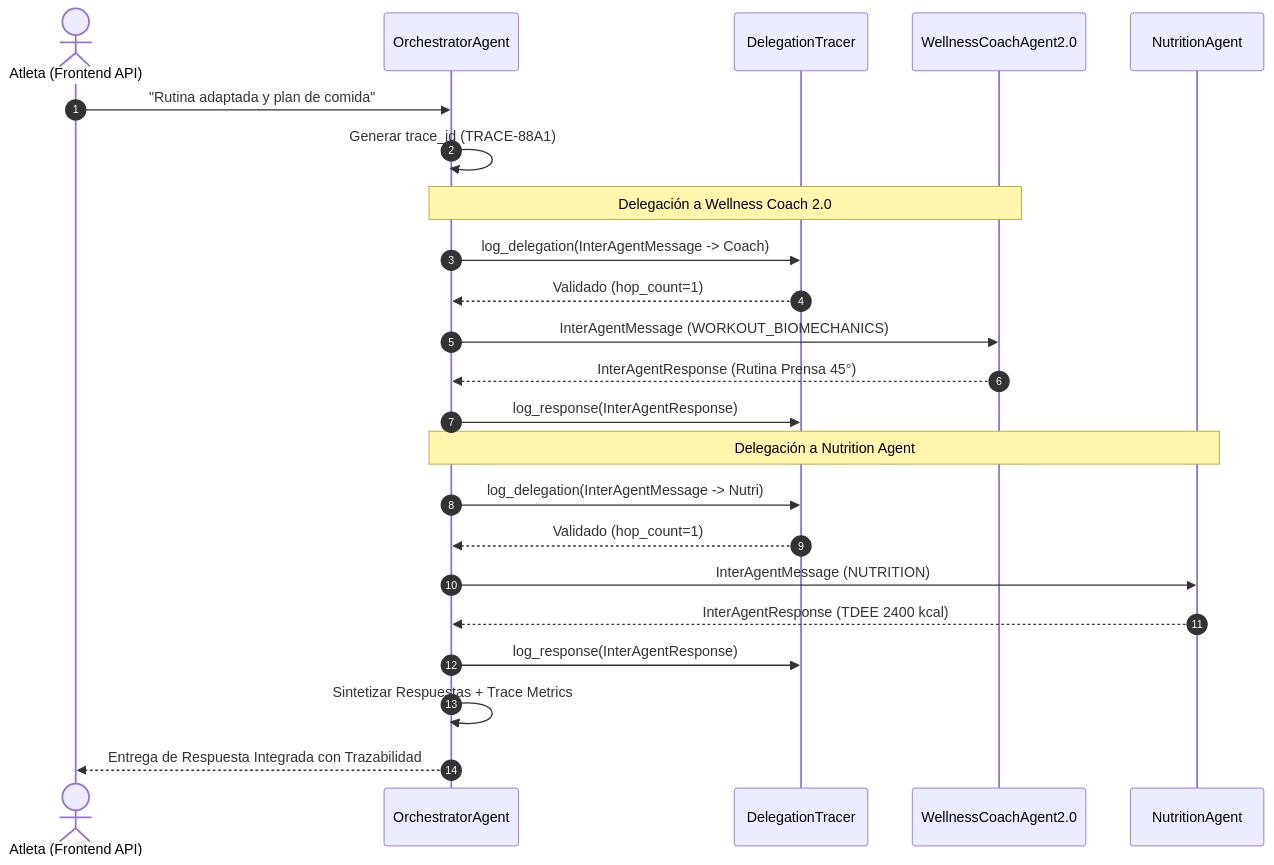
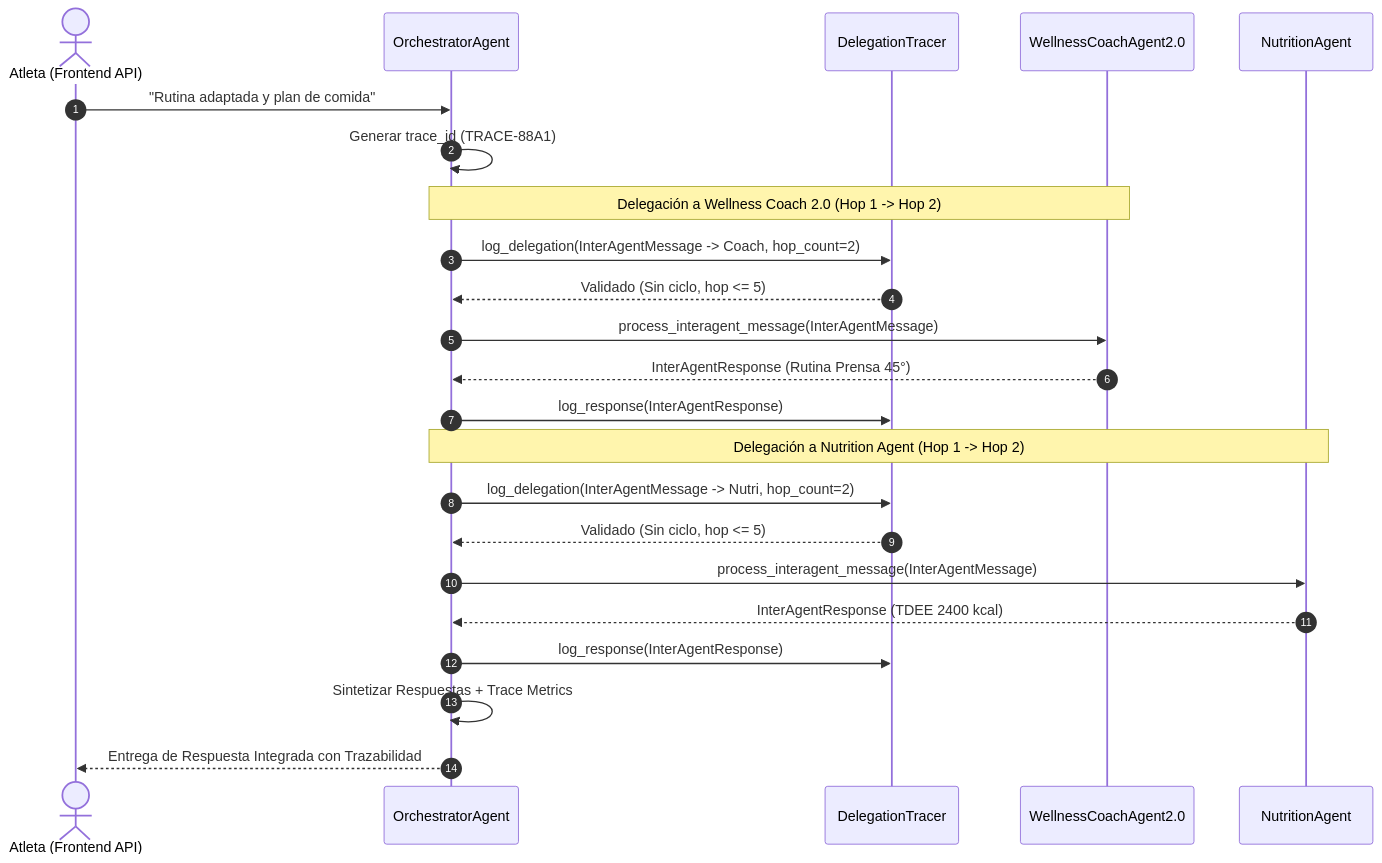
The diagram in docs/agents/interagent-communication.md (YaskCode-laboratory/wellness-platform-team6), drawn with Mermaid before and after one commit. The commit also changed other lines of this file and 6 other files, not shown here.

Commit message:
feat(communication): complete InterAgentMessage protocol, context payload, hop_count propagation, cycle prevention and multidomain tracer validation (#22)

````diff
--- a/docs/agents/interagent-communication.md
+++ b/docs/agents/interagent-communication.md
@@ -72,29 +82,29 @@
 ```mermaid
 sequenceDiagram
     autonumber
     actor Atleta as Atleta (Frontend API)
     participant Supervisor as OrchestratorAgent
     participant Tracer as DelegationTracer
     participant Coach as WellnessCoachAgent2.0
     participant Nutri as NutritionAgent
 
     Atleta->>Supervisor: "Rutina adaptada y plan de comida"
     Supervisor->>Supervisor: Generar trace_id (TRACE-88A1)
 
-    Note over Supervisor,Coach: Delegación a Wellness Coach 2.0
-    Supervisor->>Tracer: log_delegation(InterAgentMessage -> Coach)
-    Tracer-->>Supervisor: Validado (hop_count=1)
-    Supervisor->>Coach: InterAgentMessage (WORKOUT_BIOMECHANICS)
+    Note over Supervisor,Coach: Delegación a Wellness Coach 2.0 (Hop 1 -> Hop 2)
+    Supervisor->>Tracer: log_delegation(InterAgentMessage -> Coach, hop_count=2)
+    Tracer-->>Supervisor: Validado (Sin ciclo, hop <= 5)
+    Supervisor->>Coach: process_interagent_message(InterAgentMessage)
     Coach-->>Supervisor: InterAgentResponse (Rutina Prensa 45°)
     Supervisor->>Tracer: log_response(InterAgentResponse)
 
-    Note over Supervisor,Nutri: Delegación a Nutrition Agent
-    Supervisor->>Tracer: log_delegation(InterAgentMessage -> Nutri)
-    Tracer-->>Supervisor: Validado (hop_count=1)
-    Supervisor->>Nutri: InterAgentMessage (NUTRITION)
+    Note over Supervisor,Nutri: Delegación a Nutrition Agent (Hop 1 -> Hop 2)
+    Supervisor->>Tracer: log_delegation(InterAgentMessage -> Nutri, hop_count=2)
+    Tracer-->>Supervisor: Validado (Sin ciclo, hop <= 5)
+    Supervisor->>Nutri: process_interagent_message(InterAgentMessage)
     Nutri-->>Supervisor: InterAgentResponse (TDEE 2400 kcal)
     Supervisor->>Tracer: log_response(InterAgentResponse)
 
     Supervisor->>Supervisor: Sintetizar Respuestas + Trace Metrics
     Supervisor-->>Atleta: Entrega de Respuesta Integrada con Trazabilidad
 ```
````
